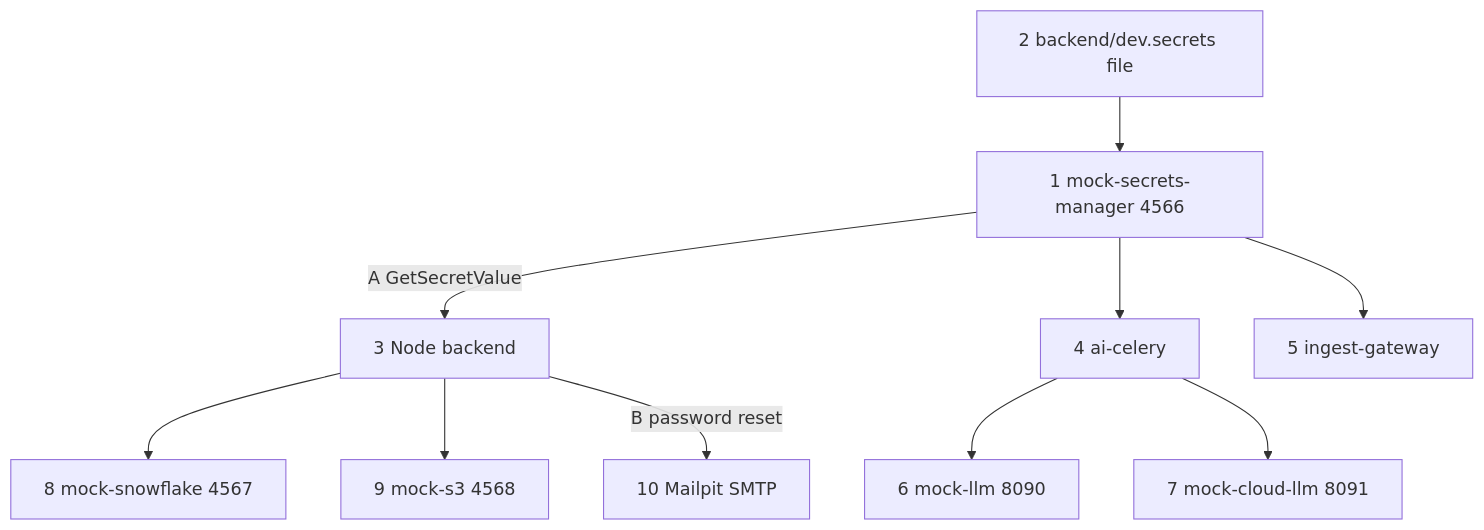
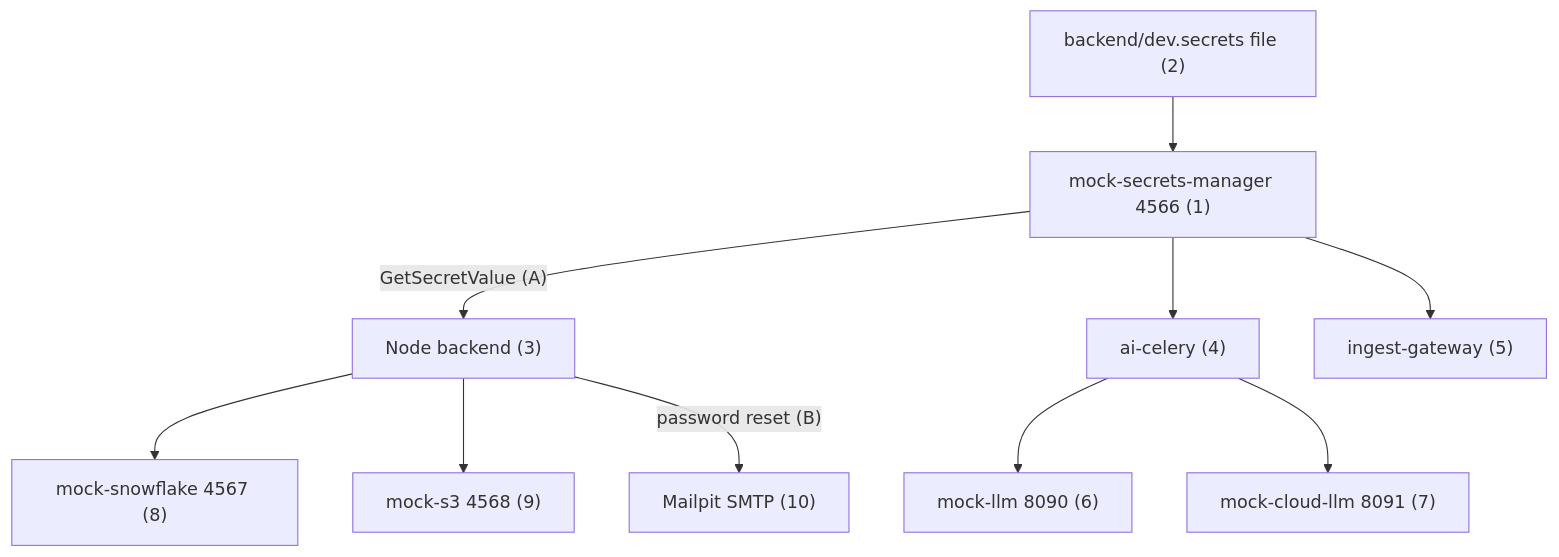
Before and after one commit to OferElboher/suspicious-email-triage: the seventh of 9 diagrams in docs/arch_guide_system_flowchart.md, drawn with Mermaid. The commit also changed other lines of this file and 9 other files, not shown here.

First line of the commit message:
Document partial flowcharts in prose and normalize diagram labels.

````diff
--- a/docs/arch_guide_system_flowchart.md
+++ b/docs/arch_guide_system_flowchart.md
@@ -405,23 +428,23 @@
 ```mermaid
 flowchart TB
-  SEC["1 mock-secrets-manager 4566"]
-  DEV["2 backend/dev.secrets file"]
-  N["3 Node backend"]
-  PY["4 ai-celery"]
-  GW["5 ingest-gateway"]
-  MLLM["6 mock-llm 8090"]
-  MCL["7 mock-cloud-llm 8091"]
-  MSF["8 mock-snowflake 4567"]
-  MS3["9 mock-s3 4568"]
-  MP["10 Mailpit SMTP"]
+  SEC["mock-secrets-manager 4566 (1)"]
+  DEV["backend/dev.secrets file (2)"]
+  N["Node backend (3)"]
+  PY["ai-celery (4)"]
+  GW["ingest-gateway (5)"]
+  MLLM["mock-llm 8090 (6)"]
+  MCL["mock-cloud-llm 8091 (7)"]
+  MSF["mock-snowflake 4567 (8)"]
+  MS3["mock-s3 4568 (9)"]
+  MP["Mailpit SMTP (10)"]
 
   DEV --> SEC
-  SEC -->|"A GetSecretValue"| N
+  SEC -->|"GetSecretValue (A)"| N
   SEC --> PY
   SEC --> GW
   PY --> MLLM
   PY --> MCL
   N --> MSF
   N --> MS3
-  N -->|"B password reset"| MP
+  N -->|"password reset (B)"| MP
 ```
````
